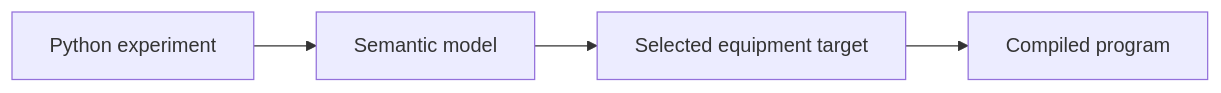
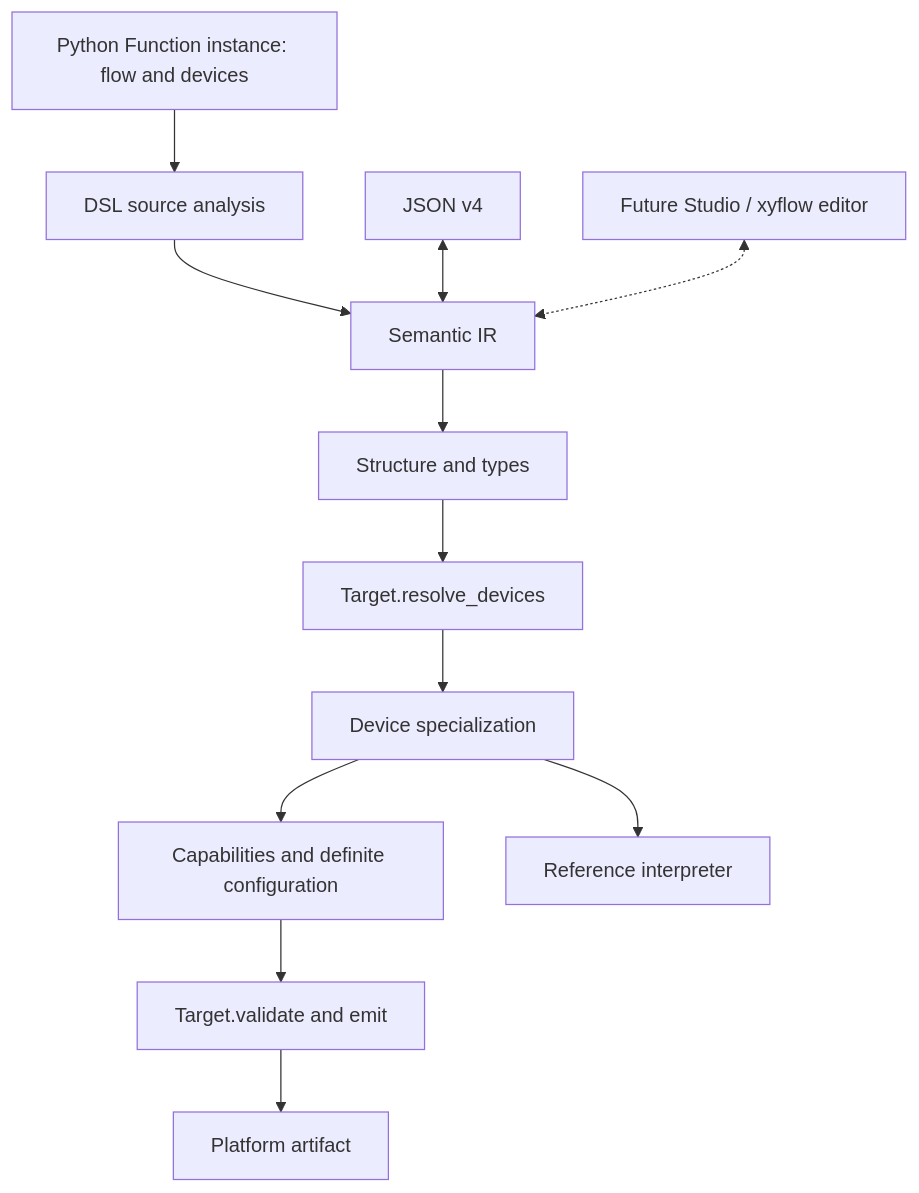
One commit to TsumiNa/sciloom changed the diagram in website/docs/index.md. Above: the diagram before and after it, drawn with Mermaid. The commit also changed other lines of this file and 1 other file, not shown here.

First line of the commit message:
docs: put the architecture diagram on the home page and explain it (#79)

````diff
--- a/website/docs/index.md
+++ b/website/docs/index.md
@@ -15,6 +17,14 @@
 ```mermaid
-flowchart LR
-    Python["Python experiment"] --> IR["Semantic model"]
-    IR --> Target["Selected equipment target"]
-    Target --> Artifact["Compiled program"]
+flowchart TD
+    Python["Python Function instance: flow and devices"] --> DSL["DSL source analysis"]
+    DSL --> IR["Semantic IR"]
+    JSON["JSON v4"] <--> IR
+    IR --> Validate["Structure and types"]
+    Validate --> Resolve["Target.resolve_devices"]
+    Resolve --> Specialize["Device specialization"]
+    Specialize --> Config["Capabilities and definite configuration"]
+    Config --> Target["Target.validate and emit"]
+    Target --> Artifact["Platform artifact"]
+    Specialize --> Interpreter["Reference interpreter"]
+    Future["Future Studio / xyflow editor"] <-.-> IR
 ```
````
